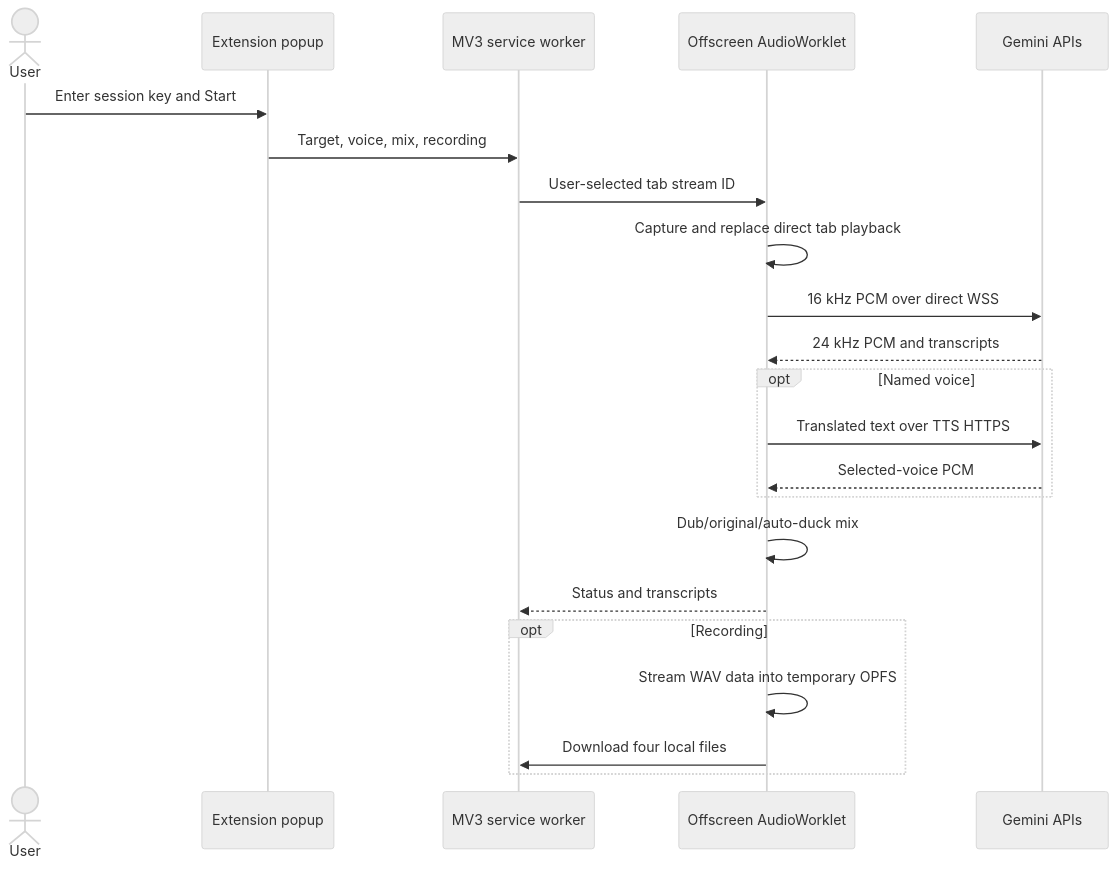
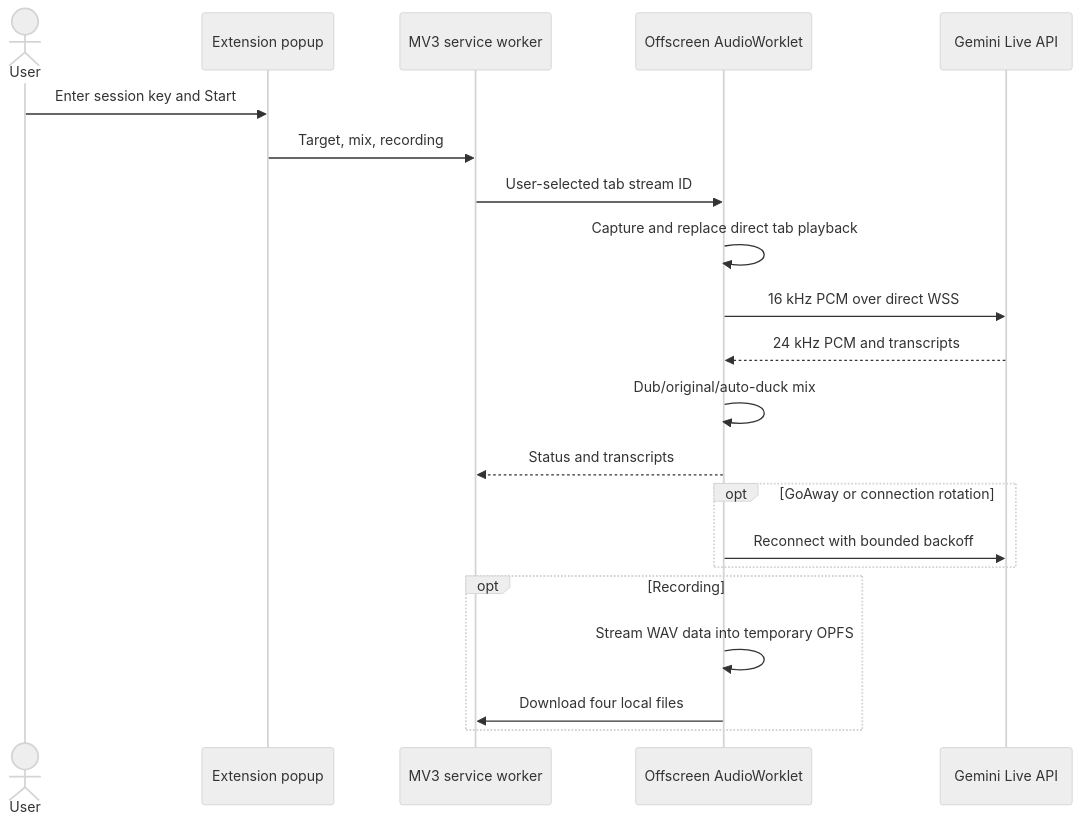
Before and after one commit to msmahdinejad/avorythm: the second of 2 diagrams in ARCHITECTURE.md, drawn with Mermaid (neutral theme). The commit also changed other lines of this file and 46 other files, not shown here.

````diff
--- a/ARCHITECTURE.md
+++ b/ARCHITECTURE.md
@@ -25,24 +60,23 @@
 ```mermaid
 sequenceDiagram
     actor User
     participant Popup as Extension popup
     participant SW as MV3 service worker
     participant Audio as Offscreen AudioWorklet
-    participant Gemini as Gemini APIs
+    participant Gemini as Gemini Live API
     User->>Popup: Enter session key and Start
-    Popup->>SW: Target, voice, mix, recording
+    Popup->>SW: Target, mix, recording
     SW->>Audio: User-selected tab stream ID
     Audio->>Audio: Capture and replace direct tab playback
     Audio->>Gemini: 16 kHz PCM over direct WSS
     Gemini-->>Audio: 24 kHz PCM and transcripts
-    opt Named voice
-      Audio->>Gemini: Translated text over TTS HTTPS
-      Gemini-->>Audio: Selected-voice PCM
-    end
     Audio->>Audio: Dub/original/auto-duck mix
     Audio-->>SW: Status and transcripts
+    opt GoAway or connection rotation
+      Audio->>Gemini: Reconnect with bounded backoff
+    end
     opt Recording
       Audio->>Audio: Stream WAV data into temporary OPFS
       Audio->>SW: Download four local files
     end
 ```
````
